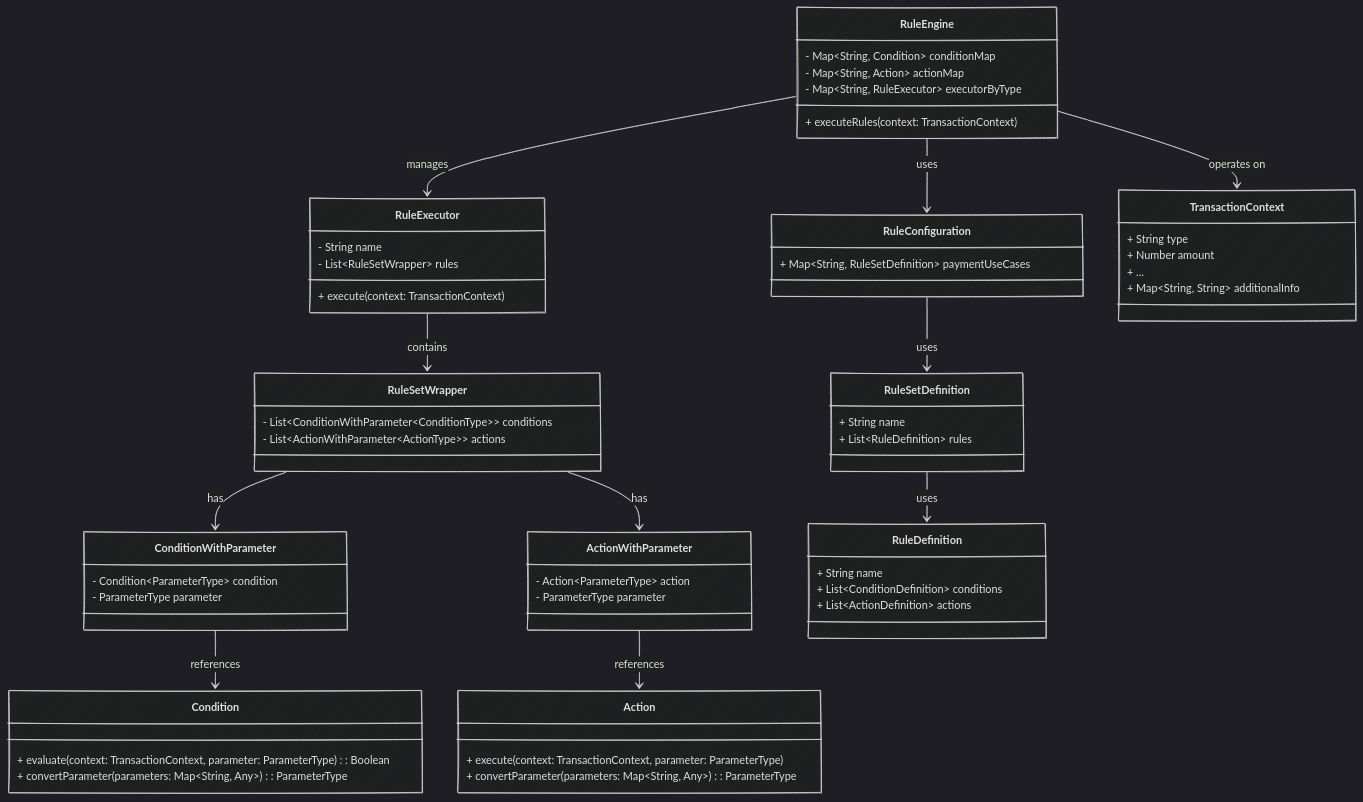
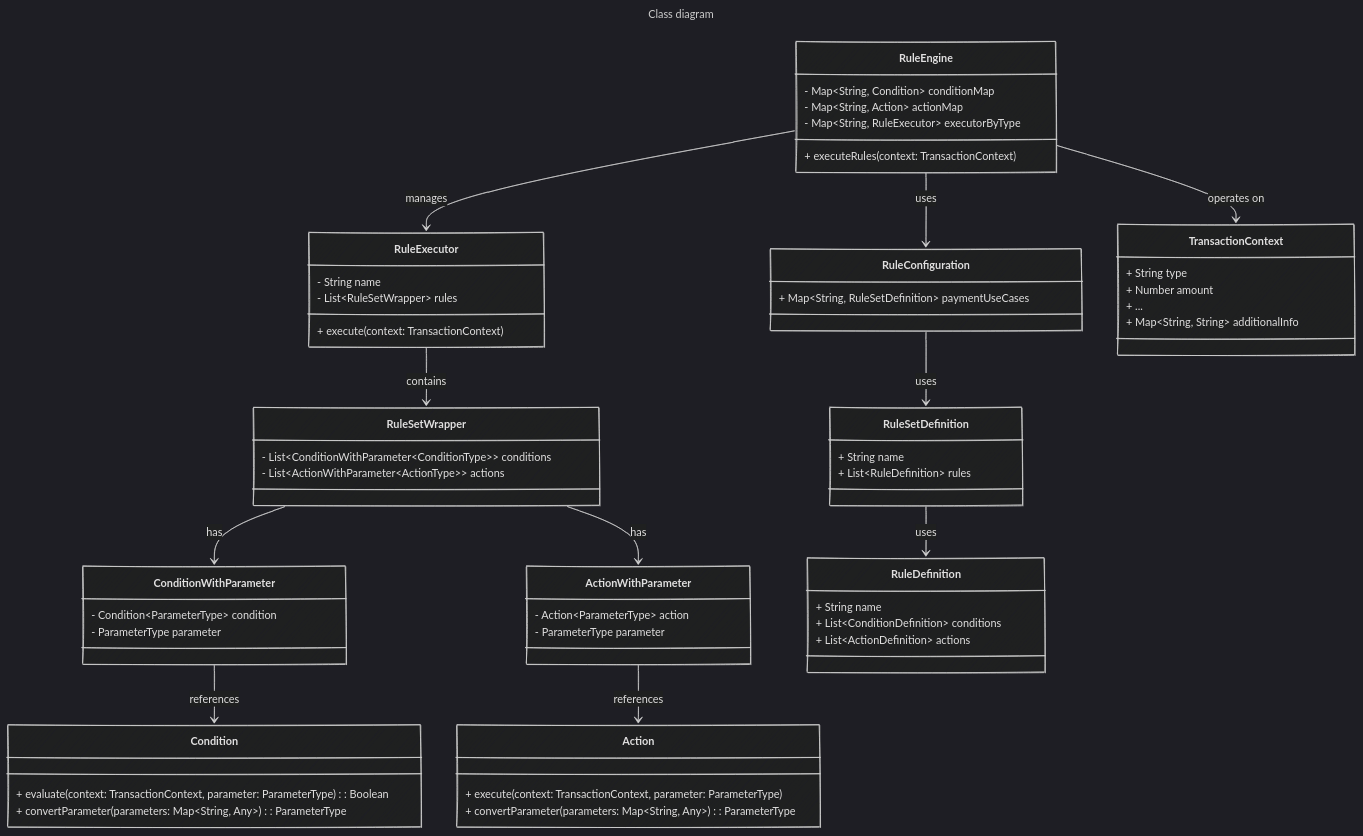
One commit to thanhtrixx/rule-engine changed the diagram in README.md. Above: the diagram before and after it, drawn with Mermaid.

Commit message:
Add title for Class diagram

````diff
--- a/README.md
+++ b/README.md
@@ -5,74 +5,79 @@
 ```mermaid
- %%{init: { 'theme':'dark', 'look':'handDrawn' } }%%
+---
+title: Class diagram
+config:
+  theme: dark
+  look: handDrawn
+---
 classDiagram
     class RuleEngine {
         - Map~String, Condition~ conditionMap
         - Map~String, Action~ actionMap
         - Map~String, RuleExecutor~ executorByType
         + executeRules(context: TransactionContext)
     }
 
     class RuleExecutor {
         - String name
         - List~RuleSetWrapper~ rules
         + execute(context: TransactionContext)
     }
 
     class RuleSetWrapper {
         - List~ConditionWithParameter~ConditionType~~ conditions
         - List~ActionWithParameter~ActionType~~ actions
     }
 
     class ConditionWithParameter {
         - Condition~ParameterType~ condition
         - ParameterType parameter
     }
 
     class ActionWithParameter {
         - Action~ParameterType~ action
         - ParameterType parameter
     }
 
     class RuleConfiguration {
         + Map~String, RuleSetDefinition~ paymentUseCases
     }
 
 
     class RuleSetDefinition {
         + String name
         + List~RuleDefinition~ rules
     }
     class RuleDefinition {
         + String name
         + List~ConditionDefinition~ conditions
         + List~ActionDefinition~ actions
     }
 
     class TransactionContext {
         + String type
         + Number amount
         + ...
         + Map~String, String~ additionalInfo
     }
 
     class Condition {
         + evaluate(context: TransactionContext, parameter: ParameterType): Boolean
         + convertParameter(parameters: Map~String, Any~): ParameterType
     }
 
     class Action {
         + execute(context: TransactionContext, parameter: ParameterType)
         + convertParameter(parameters: Map~String, Any~): ParameterType
     }
 
     RuleEngine --> RuleExecutor : manages
     RuleExecutor --> RuleSetWrapper : contains
     RuleSetWrapper --> ConditionWithParameter : has
     RuleSetWrapper --> ActionWithParameter : has
     RuleEngine --> RuleConfiguration : uses
     RuleConfiguration --> RuleSetDefinition : uses
     RuleSetDefinition --> RuleDefinition : uses
     ConditionWithParameter --> Condition : references
     ActionWithParameter --> Action : references
     RuleEngine --> TransactionContext : operates on
 ```
````
